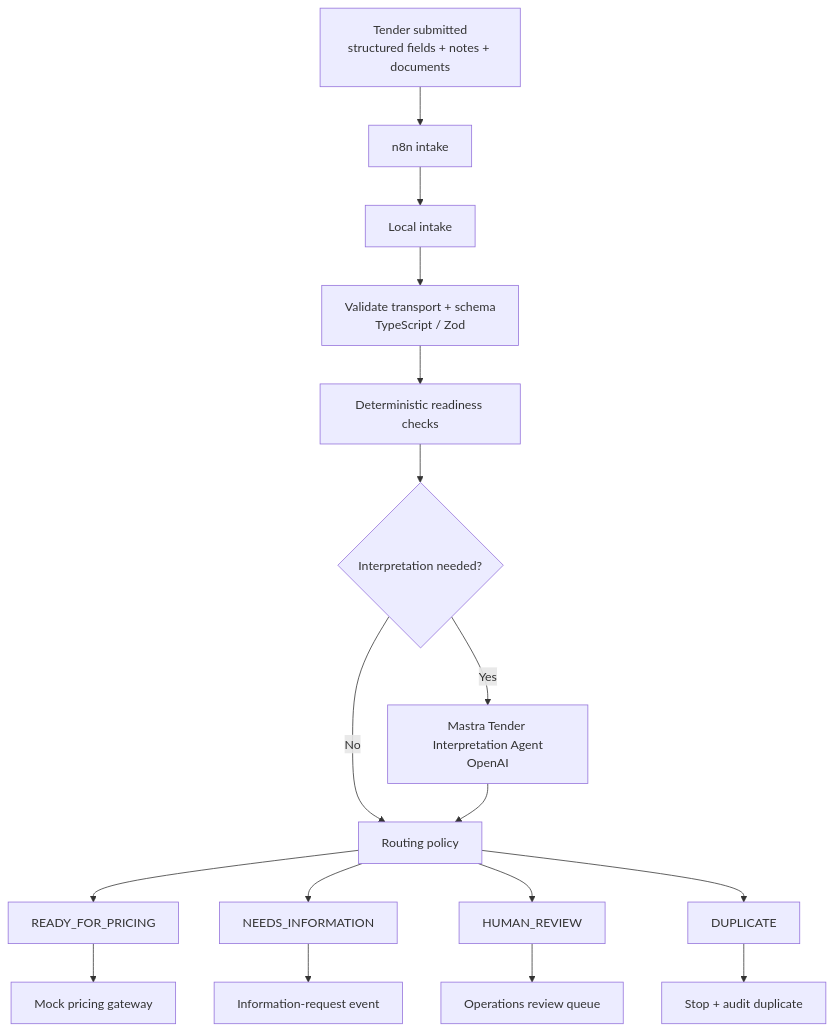
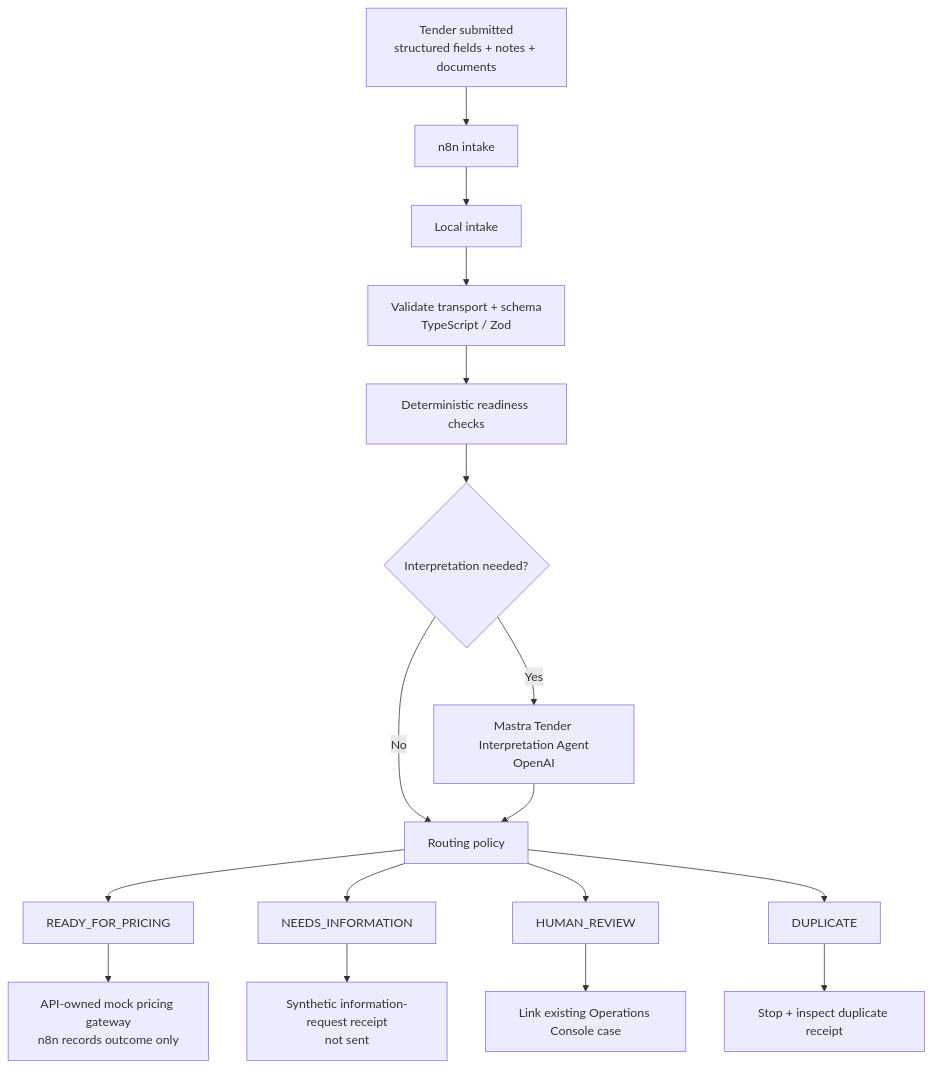
One commit to MichaelJLow/tem-tender-readiness-engine changed the diagram in docs/process-map.md. Above: the diagram before and after it, drawn with Mermaid. The commit also changed other lines of this file and 4 other files, not shown here.

First line of the commit message:
n8n: record API integration outcomes instead of initiating pricing/outbound messages; update docs and tests (#15)

````diff
--- a/docs/process-map.md
+++ b/docs/process-map.md
@@ -9,19 +9,19 @@
 ```mermaid
 flowchart TD
     A["Tender submitted<br/>structured fields + notes + documents"] --> B["n8n intake"]
     B --> C["Local intake"]
     C --> D["Validate transport + schema<br/>TypeScript / Zod"]
     D --> E["Deterministic readiness checks"]
     E --> F{"Interpretation needed?"}
     F -->|No| H["Routing policy"]
     F -->|Yes| G["Mastra Tender Interpretation Agent<br/>OpenAI"]
     G --> H
     H --> I["READY_FOR_PRICING"]
     H --> J["NEEDS_INFORMATION"]
     H --> K["HUMAN_REVIEW"]
     H --> L["DUPLICATE"]
-    I --> M["Mock pricing gateway"]
-    J --> N["Information-request event"]
-    K --> O["Operations review queue"]
-    L --> P["Stop + audit duplicate"]
+    I --> M["API-owned mock pricing gateway<br/>n8n records outcome only"]
+    J --> N["Synthetic information-request receipt<br/>not sent"]
+    K --> O["Link existing Operations Console case"]
+    L --> P["Stop + inspect duplicate receipt"]
 ```
````
